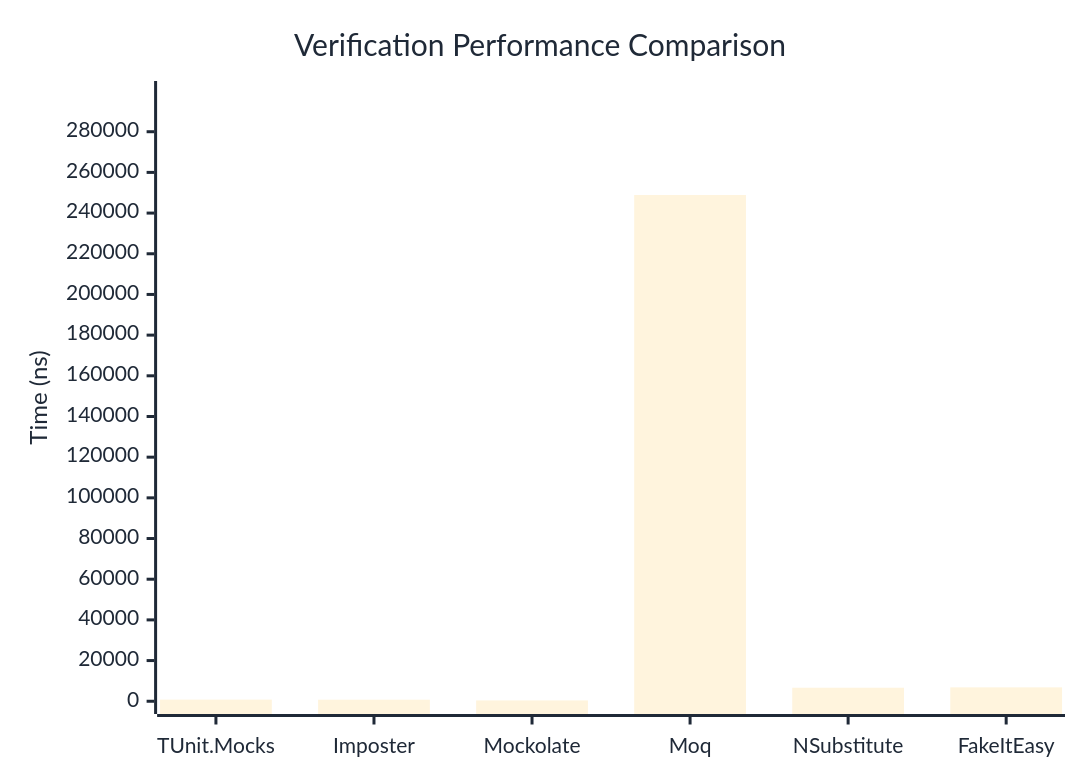
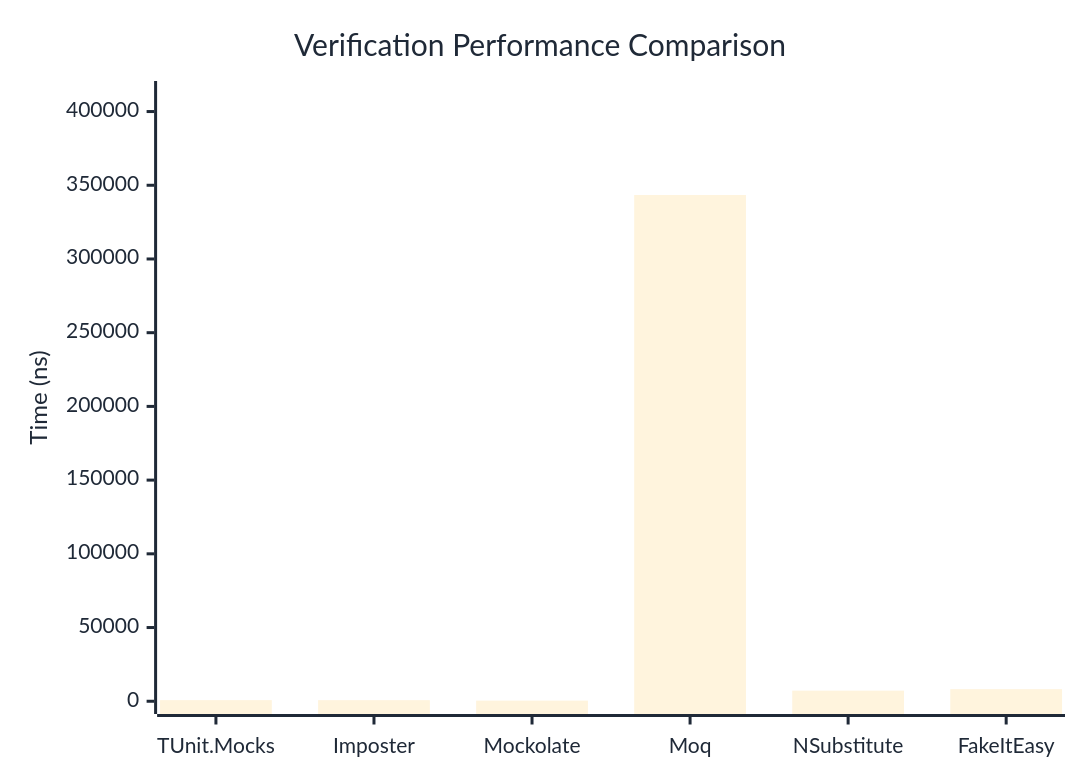
Before and after one commit to thomhurst/TUnit: the first of 3 diagrams in docs/docs/benchmarks/mocks/Verification.md, drawn with Mermaid. The commit also changed other lines of this file and 14 other files, not shown here.

````diff
--- a/docs/docs/benchmarks/mocks/Verification.md
+++ b/docs/docs/benchmarks/mocks/Verification.md
@@ -30,27 +30,27 @@
 ```mermaid
 %%{init: {
   'theme':'base',
   'themeVariables': {
     'primaryColor': '#2563eb',
     'primaryTextColor': '#1f2937',
     'primaryBorderColor': '#1e40af',
     'lineColor': '#6b7280',
     'secondaryColor': '#7c3aed',
     'tertiaryColor': '#dc2626',
     'background': '#ffffff',
     'pie1': '#2563eb',
     'pie2': '#7c3aed',
     'pie3': '#dc2626',
     'pie4': '#f59e0b',
     'pie5': '#10b981',
     'pie6': '#06b6d4',
     'pie7': '#ec4899',
     'pie8': '#6366f1'
   }
 }}%%
 xychart-beta
   title "Verification Performance Comparison"
   x-axis ["TUnit.Mocks", "Imposter", "Mockolate", "Moq", "NSubstitute", "FakeItEasy"]
-  y-axis "Time (ns)" 0 --> 298668
-  bar [805.88, 764.85, 405.88, 248889.64, 6641.62, 6826.65]
+  y-axis "Time (ns)" 0 --> 412073
+  bar [752.08, 733.43, 425.97, 343393.64, 7194.98, 8201.11]
 ```
````
